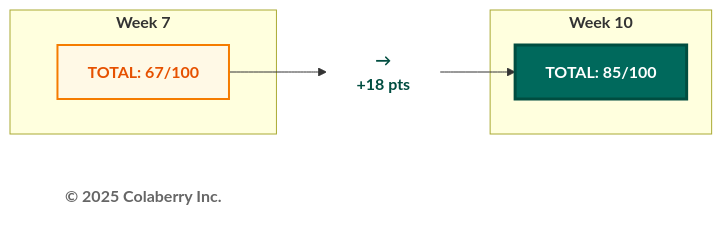
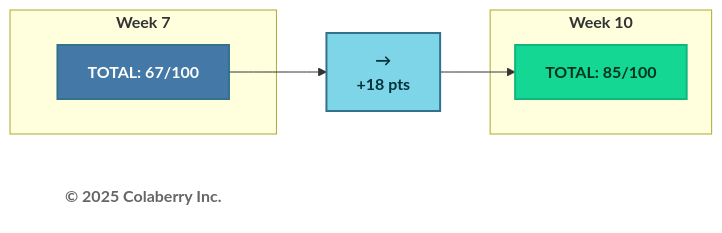
Diagram 12 of 14 in manuscript/07_chapter_6_transparency_orchestration_layers.md (saitejesh-cyber/trust-before-intelligence-book), drawn with Mermaid before and after one commit. The commit also changed other lines of this file, not shown here.

Commit message:
Update mermaid diagrams as per new coloberry color and contrast ratio for chapter 7

````diff
--- a/manuscript/07_chapter_6_transparency_orchestration_layers.md
+++ b/manuscript/07_chapter_6_transparency_orchestration_layers.md
@@ -1171,21 +1171,21 @@
 ```mermaid
 graph LR
     subgraph "<b>Week 7</b>"
         W7["<b>TOTAL: 67/100</b>"]
     end
     
     Arrow["<b>→</b><br/><b>+18 pts</b>"]
     
     subgraph "<b>Week 10</b>"
         W10["<b>TOTAL: 85/100</b>"]
     end
     
     Copyright["<b>© 2025 Colaberry Inc.</b>"]
     
     W7 --> Arrow --> W10
     
-    style W7 fill:#fff9e6,stroke:#f57c00,stroke-width:2px,color:#e65100
-    style Arrow fill:#ffffff,stroke:none,color:#004d40
-    style W10 fill:#00695c,color:#ffffff,stroke:#004d40,stroke-width:3px
+    style W7 fill:#4478A6,stroke:#32738C,stroke-width:2px,color:#ffffff
+    style Arrow fill:#7FD5E8,stroke:#32738C,stroke-width:2px,color:#00323D
+    style W10 fill:#14D793,color:#003322,stroke:#0FB67D,stroke-width:2px
     style Copyright fill:#ffffff,stroke:none,color:#666666
 ```
````
